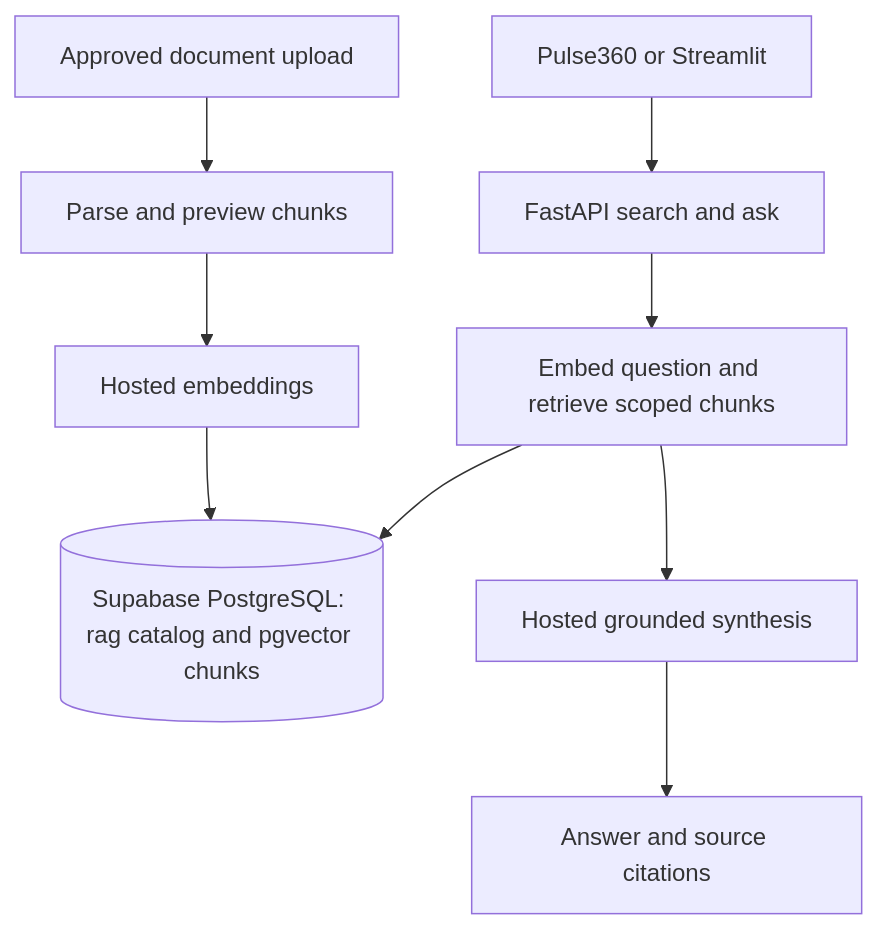
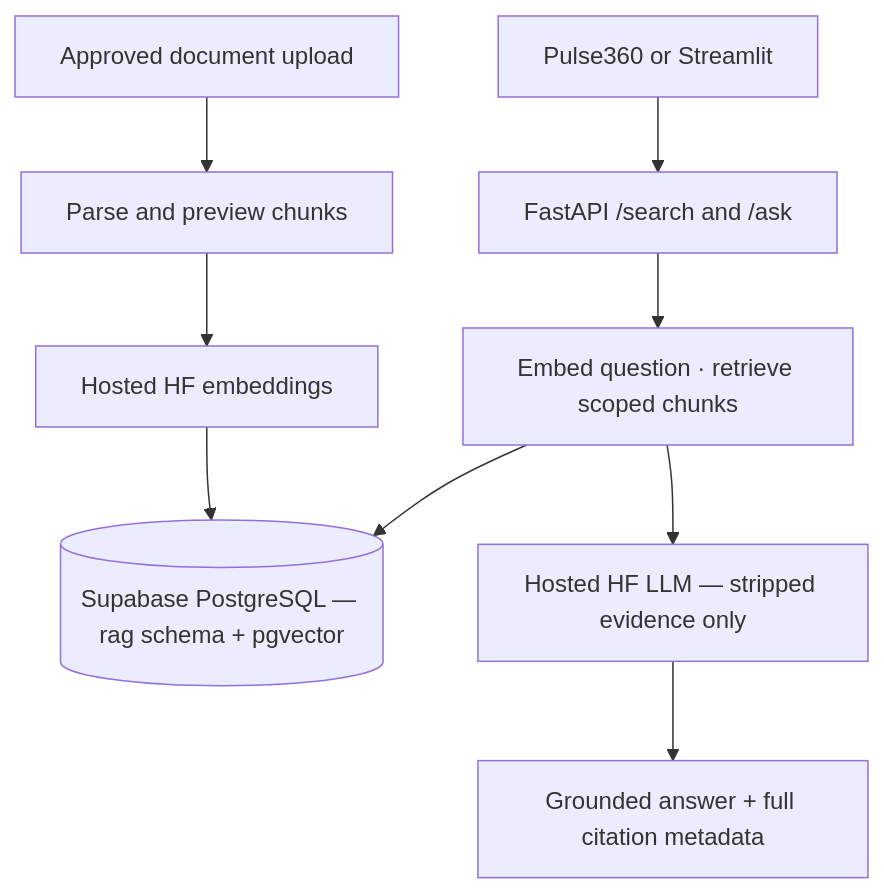
The diagram in README.md (Shotza247/Supabas_pulse360_RAG), drawn with Mermaid before and after one commit. The commit also changed other lines of this file and 2 other files, not shown here.

````diff
--- a/README.md
+++ b/README.md
@@ -22,11 +22,11 @@
 ```mermaid
 flowchart TD
-    UI[Pulse360 or Streamlit] --> API[FastAPI search and ask]
+    UI[Pulse360 or Streamlit] --> API[FastAPI /search and /ask]
     Upload[Approved document upload] --> Parse[Parse and preview chunks]
-    Parse --> Embed[Hosted embeddings]
-    Embed --> DB[(Supabase PostgreSQL: rag catalog and pgvector chunks)]
-    API --> Query[Embed question and retrieve scoped chunks]
+    Parse --> Embed[Hosted HF embeddings]
+    Embed --> DB[(Supabase PostgreSQL — rag schema + pgvector)]
+    API --> Query[Embed question · retrieve scoped chunks]
     Query --> DB
-    Query --> LLM[Hosted grounded synthesis]
-    LLM --> Answer[Answer and source citations]
+    Query --> LLM[Hosted HF LLM — stripped evidence only]
+    LLM --> Answer[Grounded answer + full citation metadata]
 ```
````
